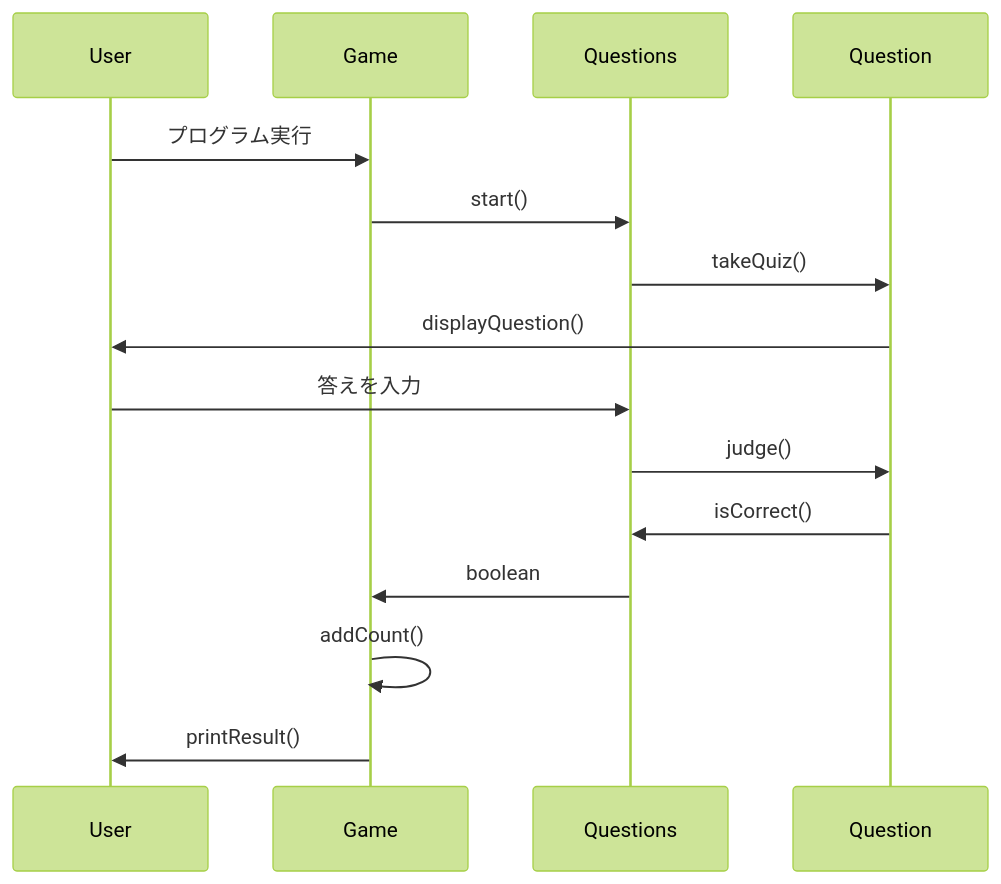
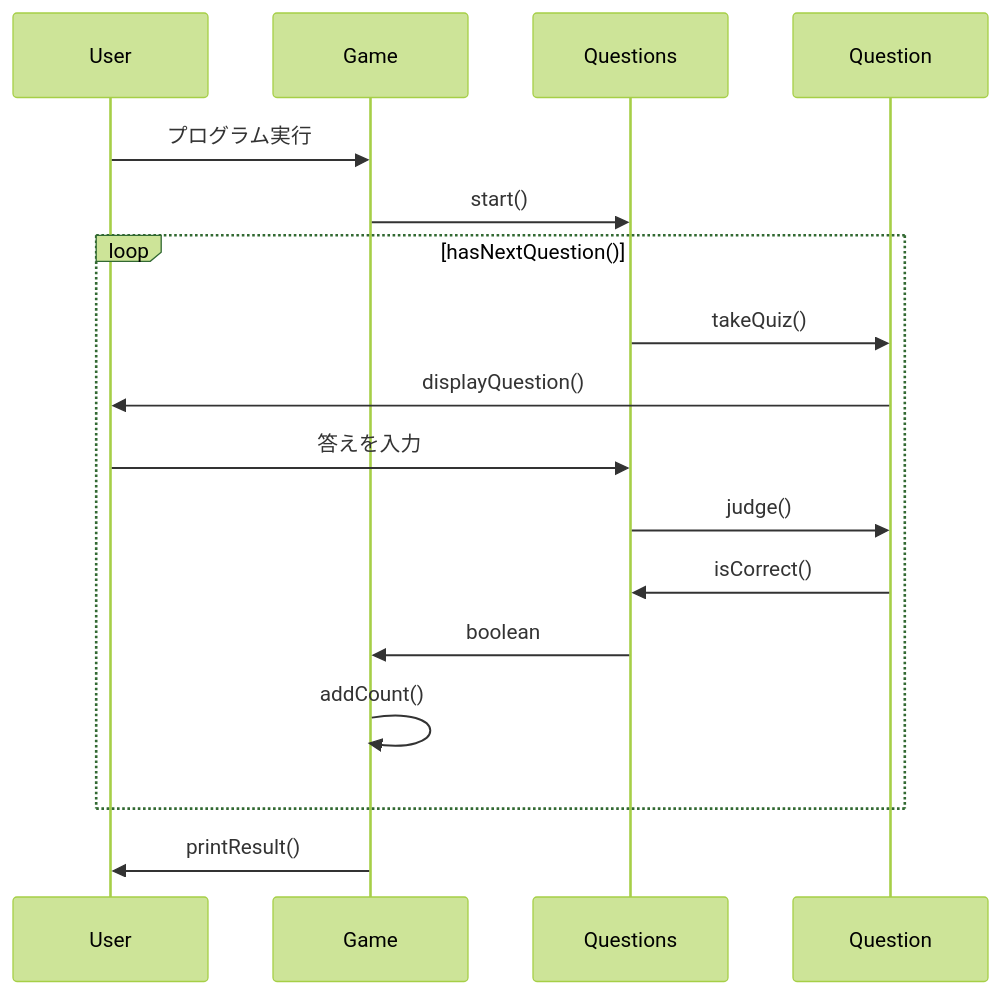
Before and after one commit to cawauchi6204/quiz-oop: the diagram in sequence.md, drawn with Mermaid (forest theme).

Commit message:
I: ループ処理を追加

````diff
--- a/sequence.md
+++ b/sequence.md
@@ -1,13 +1,15 @@
 ```mermaid
 sequenceDiagram
     User ->> Game: プログラム実行
     Game ->> Questions: start()
-    Questions ->> Question: takeQuiz()
-    Question ->> User: displayQuestion()
-    User ->> Questions : 答えを入力
-    Questions ->> Question : judge()
-    Question ->> Questions : isCorrect()
-    Questions ->> Game: boolean
-    Game ->> Game: addCount()
+    loop hasNextQuestion()
+        Questions ->> Question: takeQuiz()
+        Question ->> User: displayQuestion()
+        User ->> Questions : 答えを入力
+        Questions ->> Question : judge()
+        Question ->> Questions : isCorrect()
+        Questions ->> Game: boolean
+        Game ->> Game: addCount()
+    end
     Game ->> User: printResult()
 ```
````
